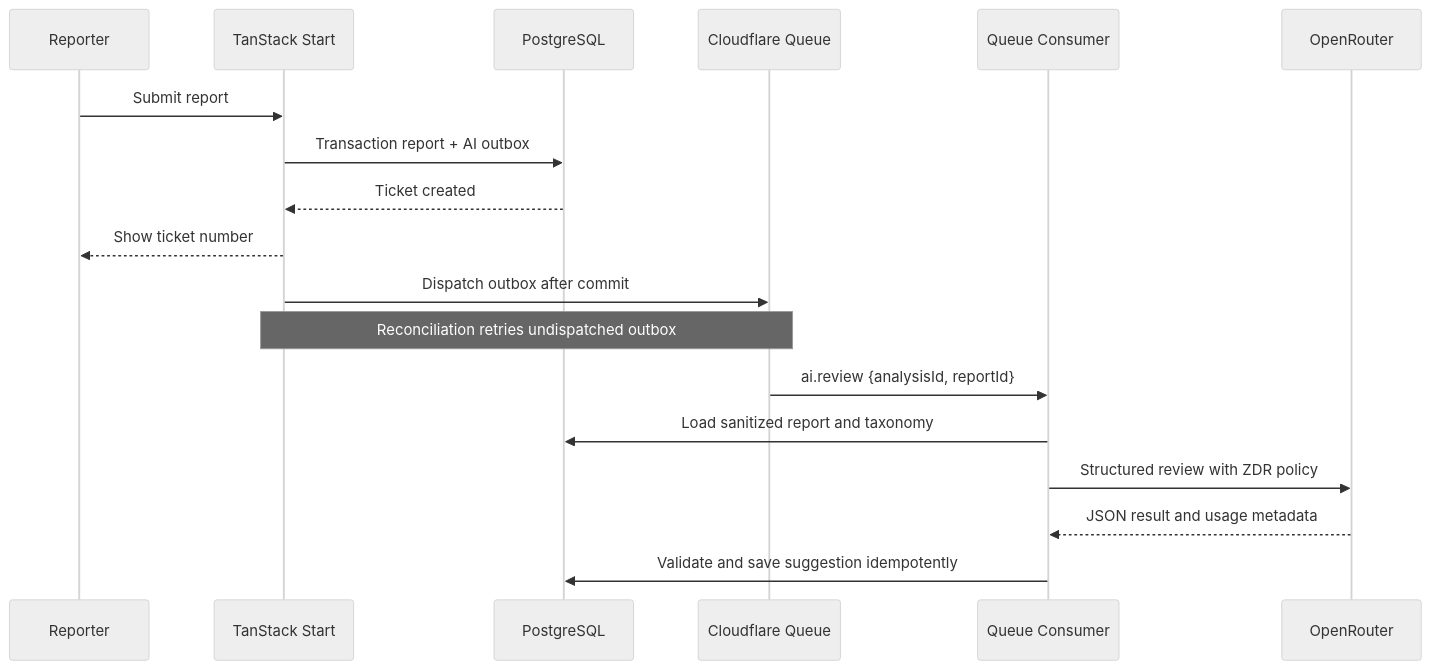
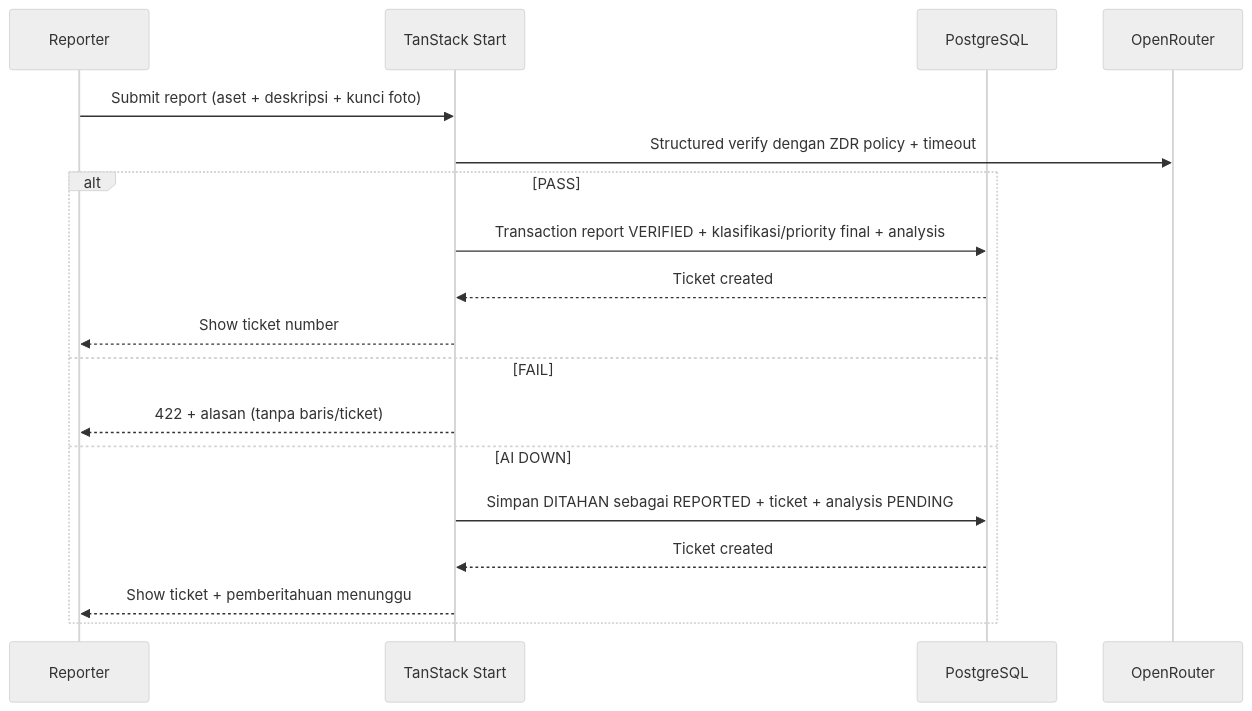
The third of 4 diagrams in EXECUTION-PLAN.md (YudaClairee/SILAPOR), drawn with Mermaid (neutral theme) before and after one commit. The commit also changed other lines of this file and 13 other files, not shown here.

````diff
--- a/EXECUTION-PLAN.md
+++ b/EXECUTION-PLAN.md
@@ -1401,20 +1410,20 @@
 ```mermaid
 sequenceDiagram
     participant Reporter
     participant Web as TanStack Start
     participant DB as PostgreSQL
-    participant Queue as Cloudflare Queue
-    participant Worker as Queue Consumer
     participant OR as OpenRouter
-    Reporter->>Web: Submit report
-    Web->>DB: Transaction report + AI outbox
-    DB-->>Web: Ticket created
-    Web-->>Reporter: Show ticket number
-    Web->>Queue: Dispatch outbox after commit
-    Note over Web,Queue: Reconciliation retries undispatched outbox
-    Queue->>Worker: ai.review {analysisId, reportId}
-    Worker->>DB: Load sanitized report and taxonomy
-    Worker->>OR: Structured review with ZDR policy
-    OR-->>Worker: JSON result and usage metadata
-    Worker->>DB: Validate and save suggestion idempotently
+    Reporter->>Web: Submit report (aset + deskripsi + kunci foto)
+    Web->>OR: Structured verify dengan ZDR policy + timeout
+    alt PASS
+        Web->>DB: Transaction report VERIFIED + klasifikasi/priority final + analysis
+        DB-->>Web: Ticket created
+        Web-->>Reporter: Show ticket number
+    else FAIL
+        Web-->>Reporter: 422 + alasan (tanpa baris/ticket)
+    else AI DOWN
+        Web->>DB: Simpan DITAHAN sebagai REPORTED + ticket + analysis PENDING
+        DB-->>Web: Ticket created
+        Web-->>Reporter: Show ticket + pemberitahuan menunggu
+    end
 ```
````
